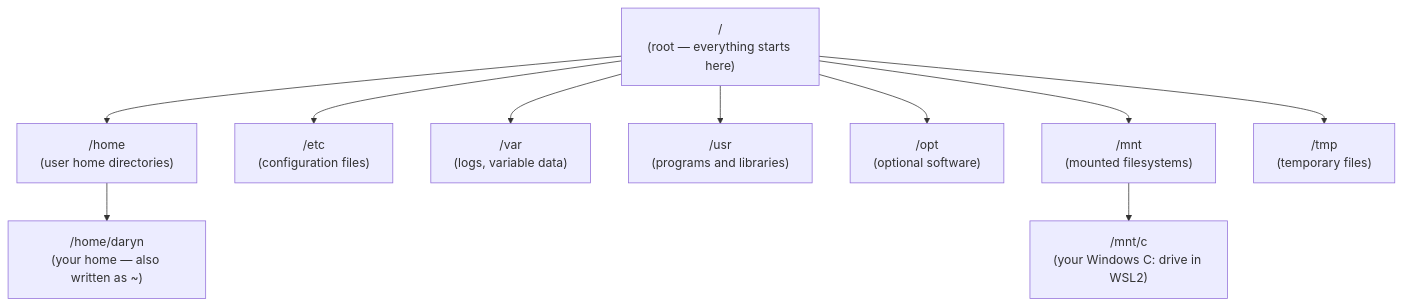
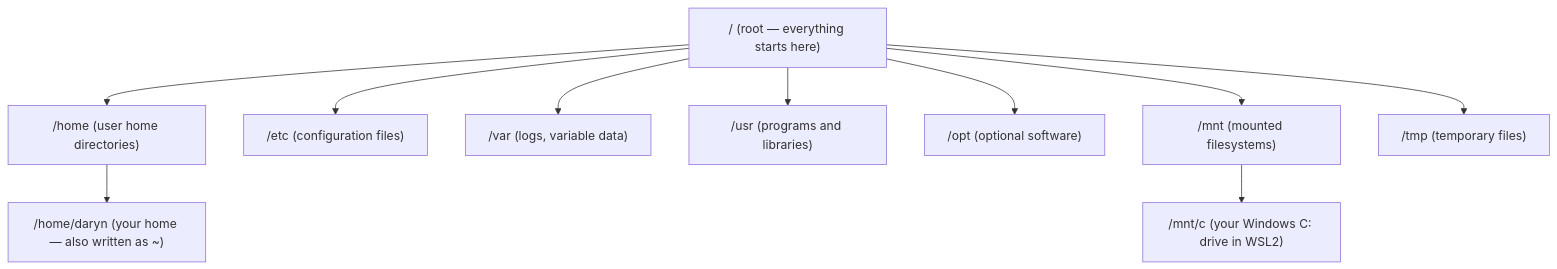
Before and after one commit to Ch3w3y/docker_gcp: the second of 2 diagrams in docs/what-is-linux.md, drawn with Mermaid. The commit also changed other lines of this file and 10 other files, not shown here.

First line of the commit message:
Fix mermaid diagram rendering: replace literal \n with spaces

````diff
--- a/docs/what-is-linux.md
+++ b/docs/what-is-linux.md
@@ -117,15 +117,15 @@
 ```mermaid
 flowchart TD
-    ROOT["/\n(root — everything starts here)"]
+    ROOT["/ (root — everything starts here)"]
 
-    ROOT --> HOME["/home\n(user home directories)"]
-    ROOT --> ETC["/etc\n(configuration files)"]
-    ROOT --> VAR["/var\n(logs, variable data)"]
-    ROOT --> USR["/usr\n(programs and libraries)"]
-    ROOT --> OPT["/opt\n(optional software)"]
-    ROOT --> MNT["/mnt\n(mounted filesystems)"]
-    ROOT --> TMP["/tmp\n(temporary files)"]
+    ROOT --> HOME["/home (user home directories)"]
+    ROOT --> ETC["/etc (configuration files)"]
+    ROOT --> VAR["/var (logs, variable data)"]
+    ROOT --> USR["/usr (programs and libraries)"]
+    ROOT --> OPT["/opt (optional software)"]
+    ROOT --> MNT["/mnt (mounted filesystems)"]
+    ROOT --> TMP["/tmp (temporary files)"]
 
-    HOME --> DARYN["/home/daryn\n(your home — also written as ~)"]
-    MNT --> WINDOWS["/mnt/c\n(your Windows C: drive in WSL2)"]
+    HOME --> DARYN["/home/daryn (your home — also written as ~)"]
+    MNT --> WINDOWS["/mnt/c (your Windows C: drive in WSL2)"]
 ```
````
